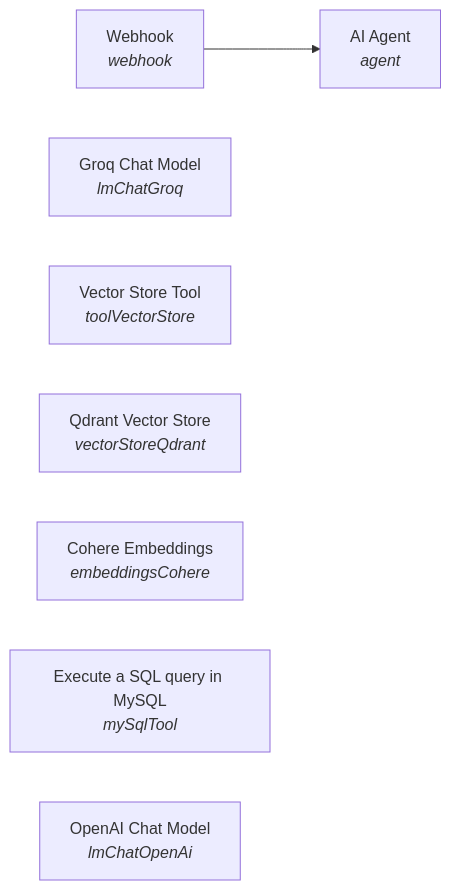
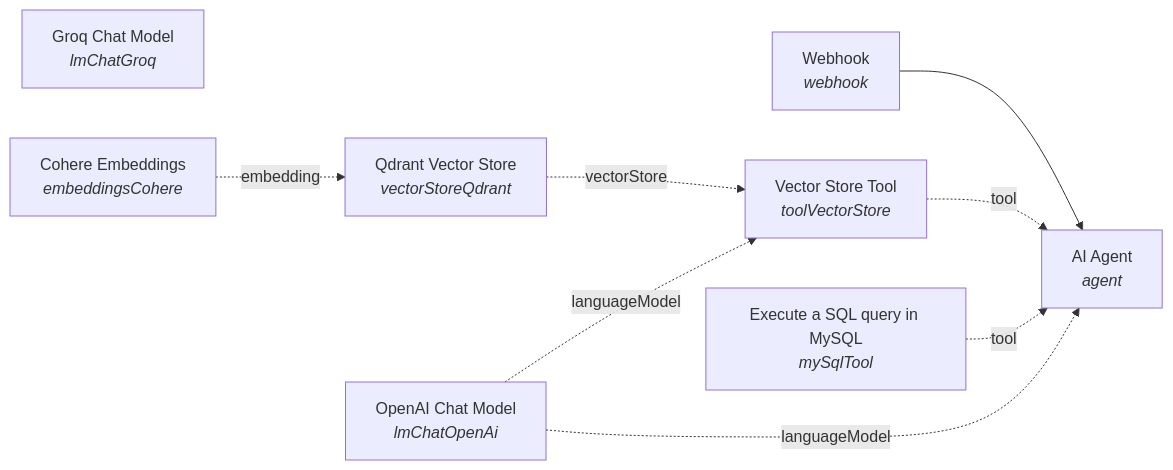
Before and after one commit to indri007/cvatsjob: the diagram in n8n_workflows/AI_Job_Assistant_3_diagram.md, drawn with Mermaid. The commit also changed 1 other file, not shown here.

Commit message:
fix: regenerate n8n diagrams with full AI sub-connections

````diff
--- a/n8n_workflows/AI_Job_Assistant_3_diagram.md
+++ b/n8n_workflows/AI_Job_Assistant_3_diagram.md
@@ -1,12 +1,18 @@
 ```mermaid
 flowchart LR
     Webhook["Webhook<br/><i>webhook</i>"]
     AI_Agent["AI Agent<br/><i>agent</i>"]
     Groq_Chat_Model["Groq Chat Model<br/><i>lmChatGroq</i>"]
     Vector_Store_Tool["Vector Store Tool<br/><i>toolVectorStore</i>"]
     Qdrant_Vector_Store["Qdrant Vector Store<br/><i>vectorStoreQdrant</i>"]
     Cohere_Embeddings["Cohere Embeddings<br/><i>embeddingsCohere</i>"]
     Execute_a_SQL_query_in_MySQL["Execute a SQL query in MySQL<br/><i>mySqlTool</i>"]
     OpenAI_Chat_Model["OpenAI Chat Model<br/><i>lmChatOpenAi</i>"]
     Webhook --> AI_Agent
+    Vector_Store_Tool -.tool.-> AI_Agent
+    Qdrant_Vector_Store -.vectorStore.-> Vector_Store_Tool
+    Cohere_Embeddings -.embedding.-> Qdrant_Vector_Store
+    Execute_a_SQL_query_in_MySQL -.tool.-> AI_Agent
+    OpenAI_Chat_Model -.languageModel.-> AI_Agent
+    OpenAI_Chat_Model -.languageModel.-> Vector_Store_Tool
 ```
````
